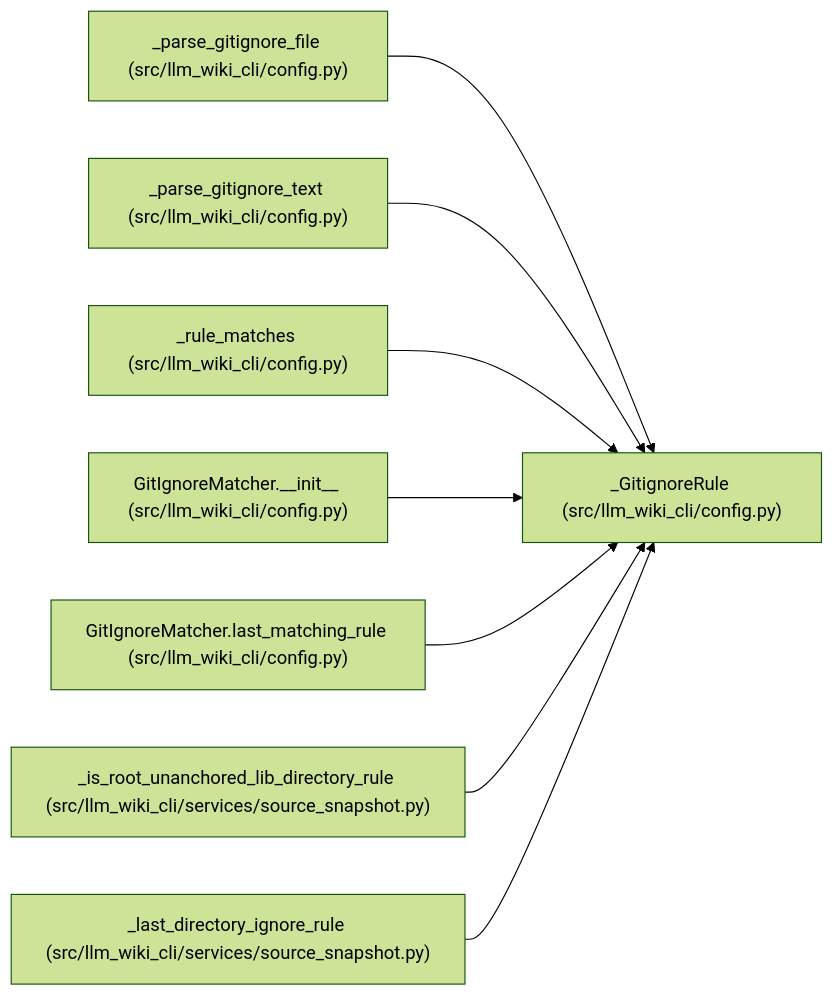
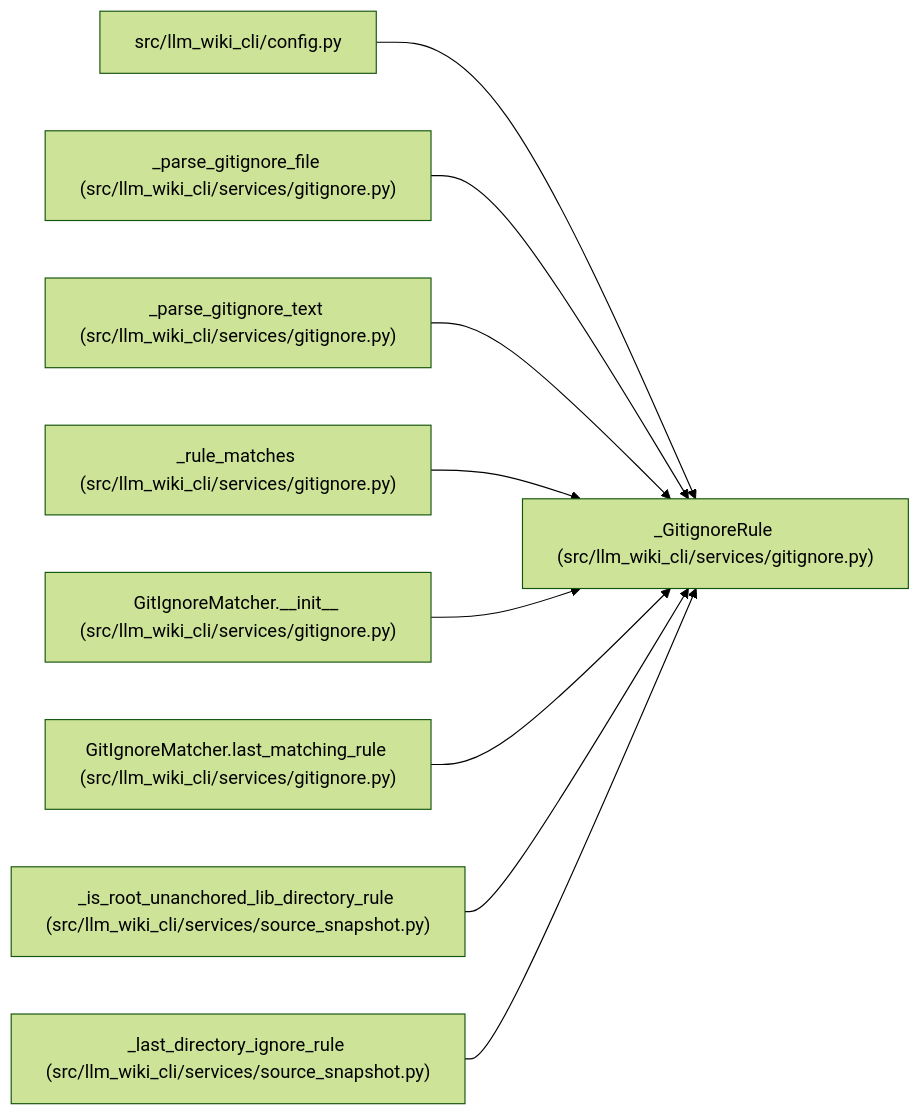
One commit to Denissvgn/python-wiki-llm changed the diagram in docs/llm_wiki/entities/GitignoreRule.md. Above: the diagram before and after it, drawn with Mermaid (forest theme). The commit also changed other lines of this file and 1555 other files, not shown here.

````diff
--- a/docs/llm_wiki/entities/GitignoreRule.md
+++ b/docs/llm_wiki/entities/GitignoreRule.md
@@ -31,26 +31,29 @@
 ```mermaid
 flowchart LR
-    n0["_GitignoreRule (src/llm_wiki_cli/config.py)"]
-    n1["_parse_gitignore_file (src/llm_wiki_cli/config.py)"]
-    n2["_parse_gitignore_text (src/llm_wiki_cli/config.py)"]
-    n3["_rule_matches (src/llm_wiki_cli/config.py)"]
-    n4["GitIgnoreMatcher.__init__ (src/llm_wiki_cli/config.py)"]
-    n5["GitIgnoreMatcher.last_matching_rule (src/llm_wiki_cli/config.py)"]
-    n6["_is_root_unanchored_lib_directory_rule (src/llm_wiki_cli/services/source_snapshot.py)"]
-    n7["_last_directory_ignore_rule (src/llm_wiki_cli/services/source_snapshot.py)"]
+    n0["_GitignoreRule (src/llm_wiki_cli/services/gitignore.py)"]
+    n1["src/llm_wiki_cli/config.py"]
+    n2["_parse_gitignore_file (src/llm_wiki_cli/services/gitignore.py)"]
+    n3["_parse_gitignore_text (src/llm_wiki_cli/services/gitignore.py)"]
+    n4["_rule_matches (src/llm_wiki_cli/services/gitignore.py)"]
+    n5["GitIgnoreMatcher.__init__ (src/llm_wiki_cli/services/gitignore.py)"]
+    n6["GitIgnoreMatcher.last_matching_rule (src/llm_wiki_cli/services/gitignore.py)"]
+    n7["_is_root_unanchored_lib_directory_rule (src/llm_wiki_cli/services/source_snapshot.py)"]
+    n8["_last_directory_ignore_rule (src/llm_wiki_cli/services/source_snapshot.py)"]
     n1 --> n0
     n2 --> n0
     n3 --> n0
     n4 --> n0
     n5 --> n0
     n6 --> n0
     n7 --> n0
-    click n0 "../modules/config.md"
+    n8 --> n0
+    click n0 "../modules/gitignore.md"
     click n1 "../modules/config.md"
-    click n2 "../modules/config.md"
-    click n3 "../modules/config.md"
-    click n4 "../modules/config.md"
-    click n5 "../modules/config.md"
-    click n6 "../modules/source_snapshot.md"
+    click n2 "../modules/gitignore.md"
+    click n3 "../modules/gitignore.md"
+    click n4 "../modules/gitignore.md"
+    click n5 "../modules/gitignore.md"
+    click n6 "../modules/gitignore.md"
     click n7 "../modules/source_snapshot.md"
+    click n8 "../modules/source_snapshot.md"
 ```
````
